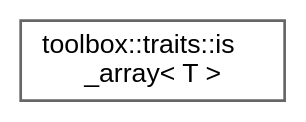
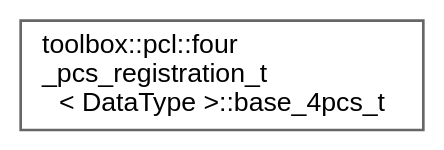
One commit to nerdneilsfield/cpp-toolbox changed the diagram in inherit_graph_146.dot. Above: the diagram before and after it, drawn with Graphviz. The commit also changed 942 other files, not shown here.

```diff
--- a/inherit_graph_146.dot
+++ b/inherit_graph_146.dot
@@ -1,9 +1,9 @@
 digraph "Graphical Class Hierarchy"
 {
  // LATEX_PDF_SIZE
   bgcolor="transparent";
   edge [fontname=Helvetica,fontsize=10,labelfontname=Helvetica,labelfontsize=10];
   node [fontname=Helvetica,fontsize=10,shape=box,height=0.2,width=0.4];
   rankdir="LR";
-  Node0 [id="Node000000",label="toolbox::traits::is\l_array\< T \>",height=0.2,width=0.4,color="grey40", fillcolor="white", style="filled",URL="$structtoolbox_1_1traits_1_1is__array.html",tooltip="检查类型是否为数组/Check if type is an array"];
+  Node0 [id="Node000000",label="toolbox::pcl::four\l_pcs_registration_t\l\< DataType \>::base_4pcs_t",height=0.2,width=0.4,color="grey40", fillcolor="white", style="filled",URL="$structtoolbox_1_1pcl_1_1four__pcs__registration__t_1_1base__4pcs__t.html",tooltip="4点基结构 / 4-point base structure"];
 }
```
